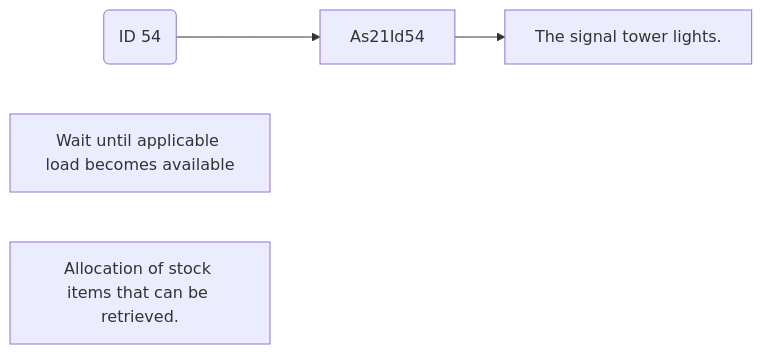
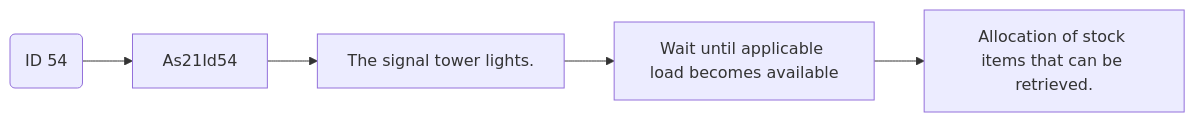
The sixth of 12 diagrams in Basic-Design/DFD-WMS/Retrieval/Stacked-Empty-Pallet.md (luthfiadityaa/SimeDarby-Wiki), drawn with Mermaid before and after one commit. The commit also changed other lines of this file, not shown here.

```diff
--- a/Basic-Design/DFD-WMS/Retrieval/Stacked-Empty-Pallet.md
+++ b/Basic-Design/DFD-WMS/Retrieval/Stacked-Empty-Pallet.md
@@ -191,22 +219,22 @@
 ::: mermaid
 flowchart LR
 
 id50msg("
 ID 54
 ")
 
 buttonlight["
 The signal tower lights.
 "]
 
 releaseCommand2["
 Wait until applicable load becomes available
 "]
 
 releaseCommand3["
 Allocation of stock items that can be retrieved. 
 "]
 
 id50msg --> As21Id54
-As21Id54 --> buttonlight
+As21Id54 --> buttonlight --> releaseCommand2 --> releaseCommand3
 :::
```
